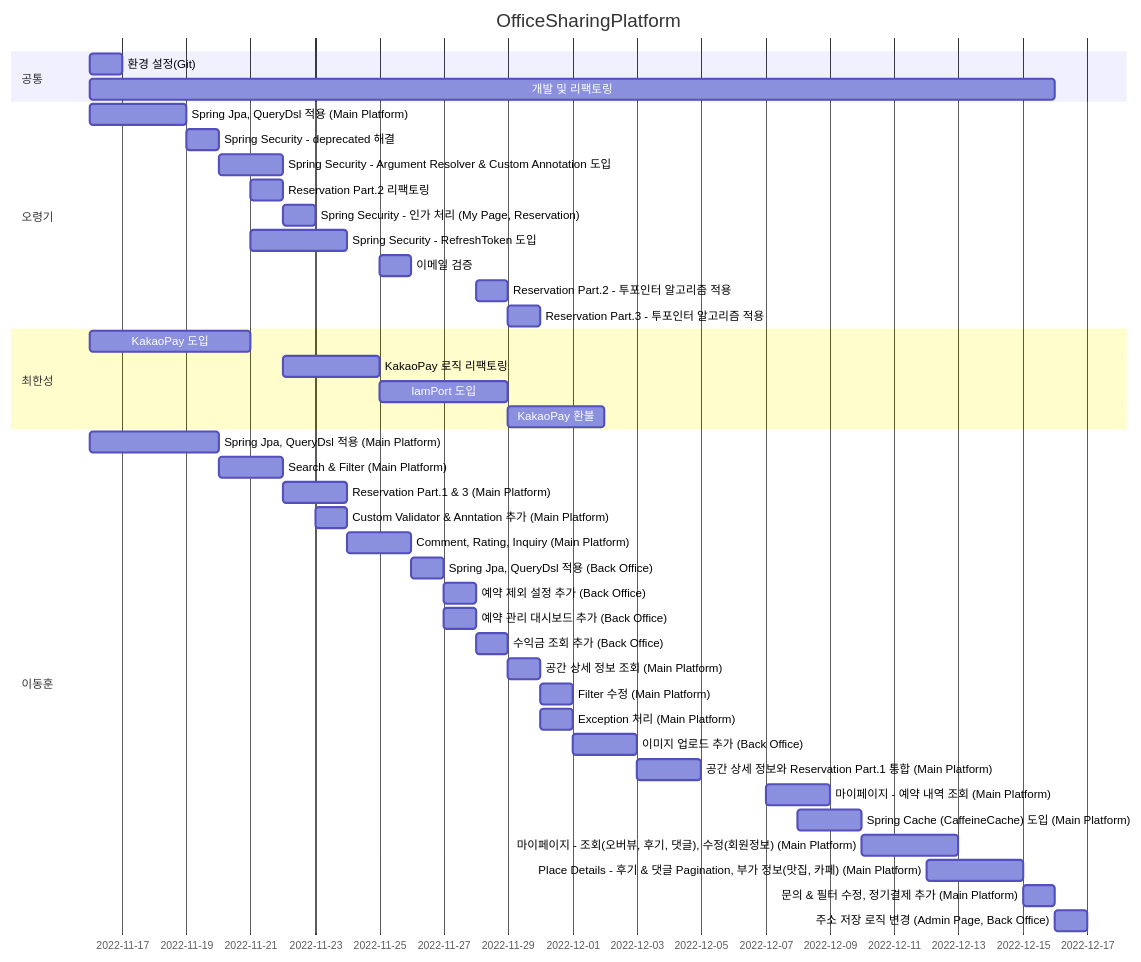
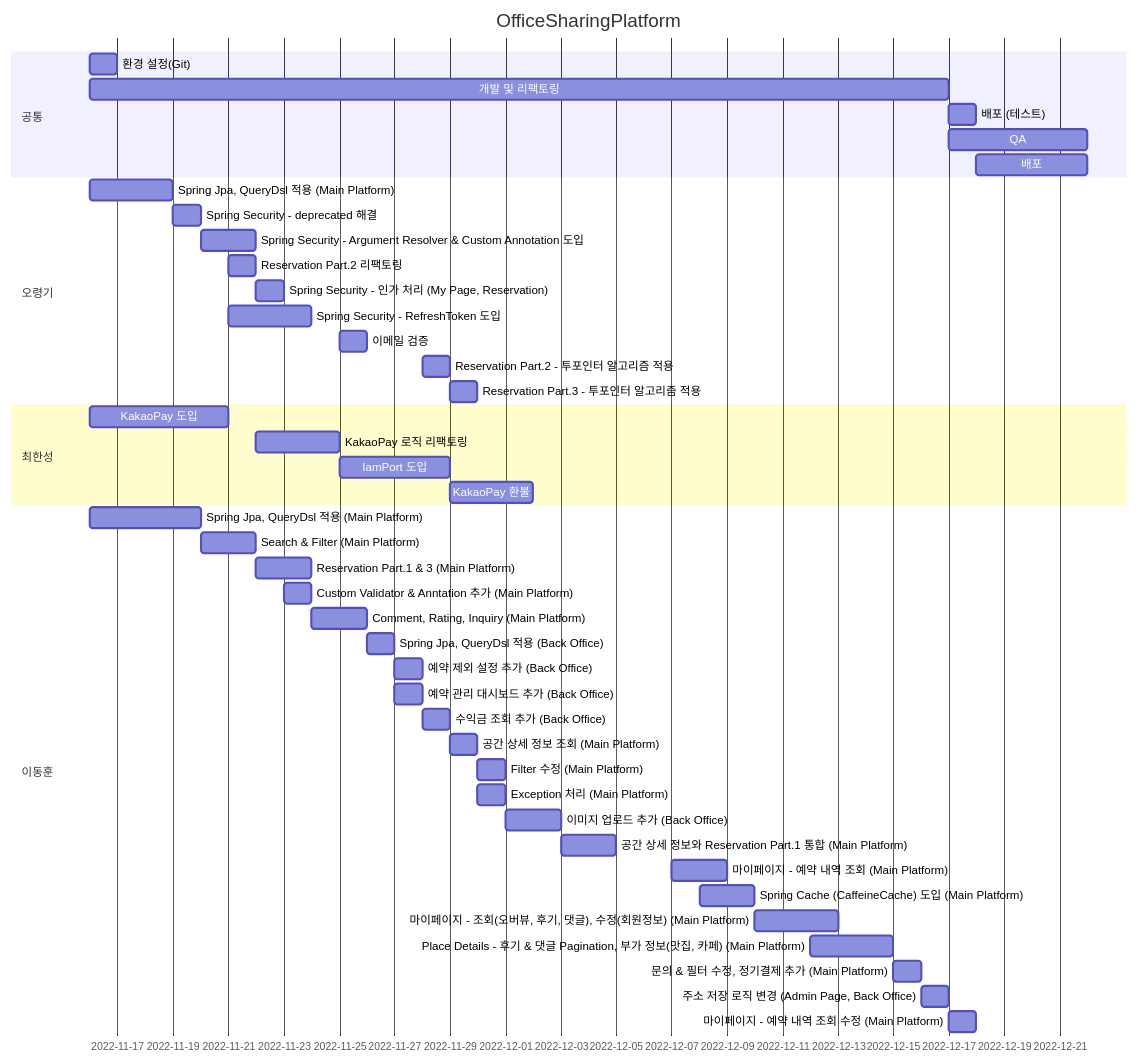
One commit to Hell-O-Demon-World/PlaceSharingPlatformBETest changed the diagram in README.md. Above: the diagram before and after it, drawn with Mermaid.

Commit message:
update : README

````diff
--- a/README.md
+++ b/README.md
@@ -11,49 +11,53 @@
 ```mermaid
 gantt
 dateFormat MM-DD
 title OfficeSharingPlatform
 
     section 공통
     환경 설정(Git)             :chap1, 11-16, 1d
-    개발 및 리팩토링             :chap2, 11-16, 12-16
+    개발 및 리팩토링             :chap2, 11-16, 12-17
+    배포 (테스트)               :chap3, 12-17, 12-18
+    QA                       :chap4, 12-17, 12-22
+    배포                      :chap5, 12-18, 12-22
 
     section 오령기
     Spring Jpa, QueryDsl 적용 (Main Platform)                     : chap1, 11-16, 3d
     Spring Security - deprecated 해결                             : chap2, 11-19, 1d
     Spring Security - Argument Resolver & Custom Annotation 도입  : chap3, 11-20, 2d
     Reservation Part.2 리팩토링                                    : chap4, 11-21, 1d
     Spring Security -  인가 처리 (My Page, Reservation)            : chap5, 11-22, 1d
     Spring Security - RefreshToken 도입                           : chap6, 11-21, 3d
     이메일 검증                                                     : chap7, 11-25, 1d
     Reservation Part.2 - 투포인터 알고리즘 적용                        : chap8, 11-28, 1d
     Reservation Part.3 - 투포인터 알고리즘 적용                        : chap8, 11-29, 1d
 
     section 최한성
     KakaoPay 도입        : chap1, 11-16, 5d
     KakaoPay 로직 리팩토링 : chap2, 11-22, 3d
     IamPort 도입         : chap3, 11-25, 4d
     KakaoPay 환불        : chap4, 11-29, 3d
     
     section 이동훈
     Spring Jpa, QueryDsl 적용 (Main Platform)                                : chap1, 11-16, 4d
     Search & Filter (Main Platform)                                         : chap2, 11-20, 2d
     Reservation Part.1 & 3 (Main Platform)                                  : chap3, 11-22, 2d
     Custom Validator & Anntation 추가 (Main Platform)                        : chap4, 11-23, 1d
     Comment, Rating, Inquiry (Main Platform)                                : chap5, 11-24, 2d
     Spring Jpa, QueryDsl 적용 (Back Office)                                  : chap6, 11-26, 1d
     예약 제외 설정 추가 (Back Office)                                            : chap7, 11-27, 1d
     예약 관리 대시보드 추가 (Back Office)                                         : chap8, 11-27, 1d
     수익금 조회 추가 (Back Office)                                              : chap9, 11-28, 1d
     공간 상세 정보 조회 (Main Platform)                                          : chap10, 11-29, 1d
     Filter 수정 (Main Platform)                                              : chap11, 11-30, 1d
     Exception 처리 (Main Platform)                                           : chap12, 11-30, 1d
     이미지 업로드 추가 (Back Office)                                             : chap13, 12-01, 2d
     공간 상세 정보와 Reservation Part.1 통합 (Main Platform)                      : chap14, 12-03, 2d
     마이페이지  - 예약 내역 조회 (Main Platform)                                   : chap15, 12-07, 2d
     Spring Cache (CaffeineCache) 도입 (Main Platform)                         : chap16, 12-08, 2d
     마이페이지 - 조회(오버뷰, 후기, 댓글), 수정(회원정보) (Main Platform)                : chap17, 12-10, 3d
     Place Details - 후기 & 댓글 Pagination, 부가 정보(맛집, 카페) (Main Platform)   : chap18, 12-12, 3d
     문의 & 필터 수정, 정기결제 추가 (Main Platform)                                 : chap19, 12-15, 1d
     주소 저장 로직 변경 (Admin Page, Back Office)                                : chap20, 12-16, 1d
+    마이페이지 - 예약 내역 조회 수정 (Main Platform)                                : chap21, 12-17, 1d
 
 ```
````
